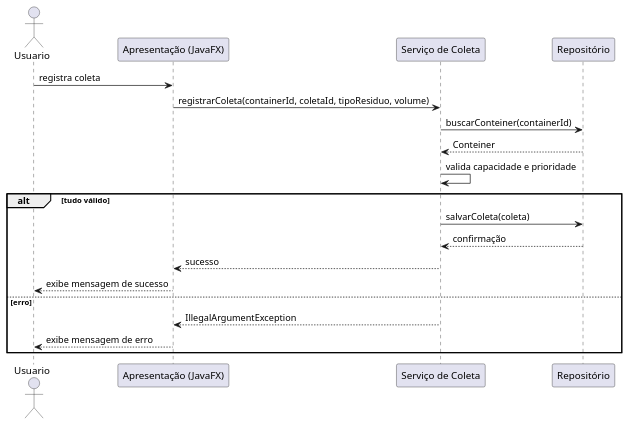
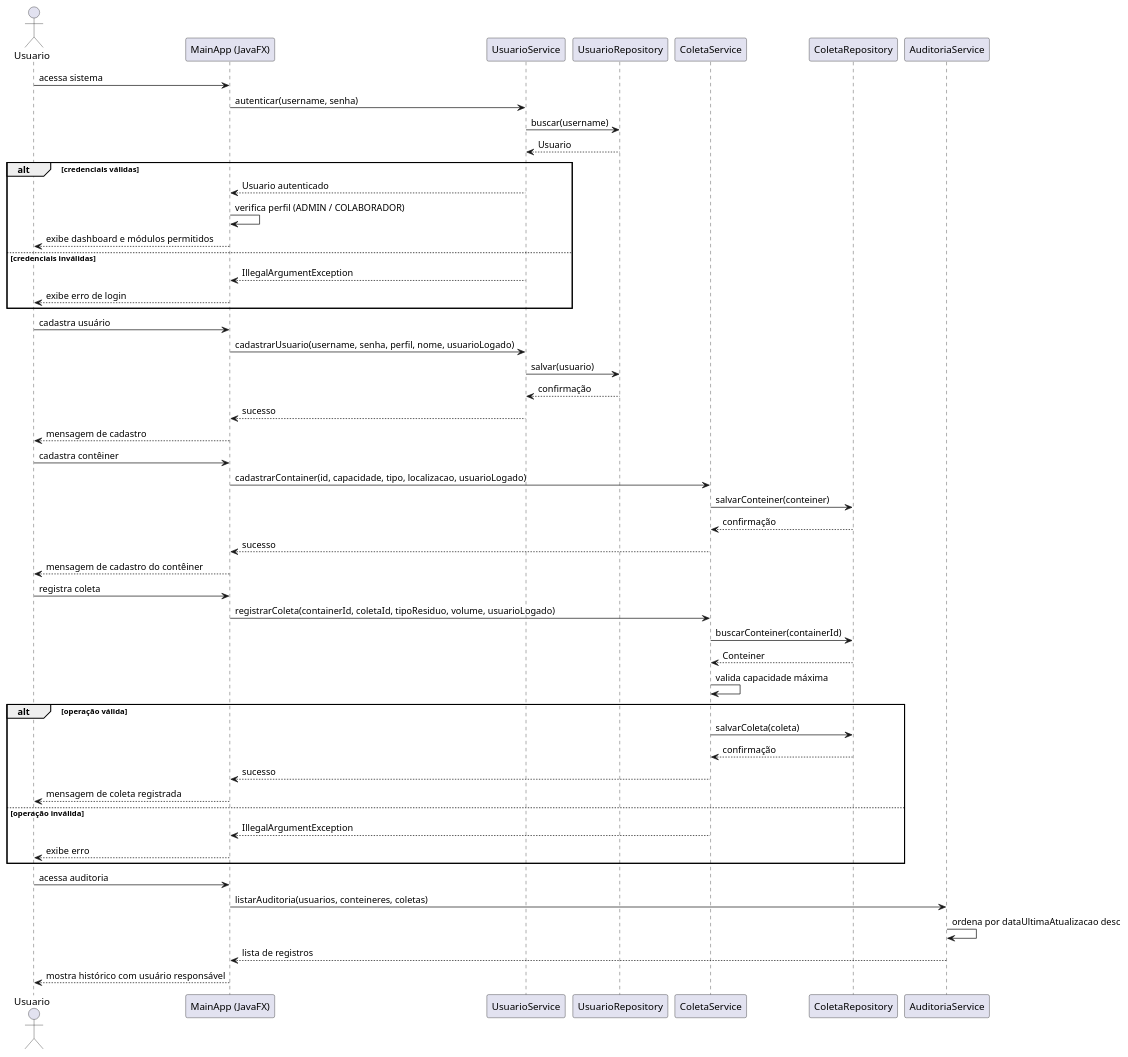
One commit to RiquelmiDev/Projeto_Final_POO_IFBA changed the diagram in docs/diagramaSequencia.puml. Above: the diagram before and after it, drawn with PlantUML. The commit also changed 1 other file, not shown here.

Commit message:
feat: atualizar diagramas de classes e sequência com novos serviços e métodos

```diff
--- a/docs/diagramaSequencia.puml
+++ b/docs/diagramaSequencia.puml
@@ -1,21 +1,57 @@
 @startuml
 actor Usuario
-participant "Apresentação (JavaFX)" as UI
-participant "Serviço de Coleta" as Service
-participant "Repositório" as Repository
+participant "MainApp (JavaFX)" as UI
+participant "UsuarioService" as UsuarioService
+participant "UsuarioRepository" as UsuarioRepo
+participant "ColetaService" as ColetaService
+participant "ColetaRepository" as ColetaRepo
+participant "AuditoriaService" as AuditoriaService
+
+Usuario -> UI: acessa sistema
+UI -> UsuarioService: autenticar(username, senha)
+UsuarioService -> UsuarioRepo: buscar(username)
+UsuarioRepo --> UsuarioService: Usuario
+alt credenciais válidas
+  UsuarioService --> UI: Usuario autenticado
+  UI -> UI: verifica perfil (ADMIN / COLABORADOR)
+  UI --> Usuario: exibe dashboard e módulos permitidos
+else credenciais inválidas
+  UsuarioService --> UI: IllegalArgumentException
+  UI --> Usuario: exibe erro de login
+end
+
+Usuario -> UI: cadastra usuário
+UI -> UsuarioService: cadastrarUsuario(username, senha, perfil, nome, usuarioLogado)
+UsuarioService -> UsuarioRepo: salvar(usuario)
+UsuarioRepo --> UsuarioService: confirmação
+UsuarioService --> UI: sucesso
+UI --> Usuario: mensagem de cadastro
+
+Usuario -> UI: cadastra contêiner
+UI -> ColetaService: cadastrarContainer(id, capacidade, tipo, localizacao, usuarioLogado)
+ColetaService -> ColetaRepo: salvarConteiner(conteiner)
+ColetaRepo --> ColetaService: confirmação
+ColetaService --> UI: sucesso
+UI --> Usuario: mensagem de cadastro do contêiner
 
 Usuario -> UI: registra coleta
-UI -> Service: registrarColeta(containerId, coletaId, tipoResiduo, volume)
-Service -> Repository: buscarConteiner(containerId)
-Repository --> Service: Conteiner
-Service -> Service: valida capacidade e prioridade
-alt tudo válido
-  Service -> Repository: salvarColeta(coleta)
-  Repository --> Service: confirmação
-  Service --> UI: sucesso
-  UI --> Usuario: exibe mensagem de sucesso
-else erro
-  Service --> UI: IllegalArgumentException
-  UI --> Usuario: exibe mensagem de erro
+UI -> ColetaService: registrarColeta(containerId, coletaId, tipoResiduo, volume, usuarioLogado)
+ColetaService -> ColetaRepo: buscarConteiner(containerId)
+ColetaRepo --> ColetaService: Conteiner
+ColetaService -> ColetaService: valida capacidade máxima
+alt operação válida
+  ColetaService -> ColetaRepo: salvarColeta(coleta)
+  ColetaRepo --> ColetaService: confirmação
+  ColetaService --> UI: sucesso
+  UI --> Usuario: mensagem de coleta registrada
+else operação inválida
+  ColetaService --> UI: IllegalArgumentException
+  UI --> Usuario: exibe erro
 end
+
+Usuario -> UI: acessa auditoria
+UI -> AuditoriaService: listarAuditoria(usuarios, conteineres, coletas)
+AuditoriaService -> AuditoriaService: ordena por dataUltimaAtualizacao desc
+AuditoriaService --> UI: lista de registros
+UI --> Usuario: mostra histórico com usuário responsável
 @enduml
```
